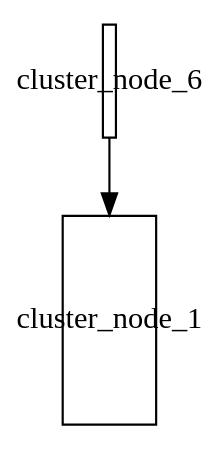
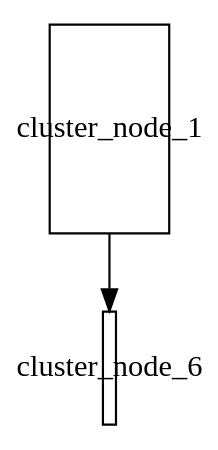
Before and after one commit to stefanrinderle/SoftViz3D: the diagram in x3d/temp.dot, drawn with Graphviz. The commit also changed 12 other files, not shown here.

```diff
--- a/x3d/temp.dot
+++ b/x3d/temp.dot
@@ -1,5 +1,5 @@
 digraph G {
- cluster_node_1 [shape="rectangle" width="0.597222222222", height="1.33333333333", fixedsize=true, type="node"];
+ cluster_node_1 [shape="rectangle" width="0.763888888889", height="1.33333333333", fixedsize=true, type="node"];
  cluster_node_6 [shape="rectangle" width="0.0833333333333", height="0.722222222222", fixedsize=true, type="node"];
- cluster_node_6 ->  cluster_node_1;
+ cluster_node_1 ->  cluster_node_6;
 }
```
